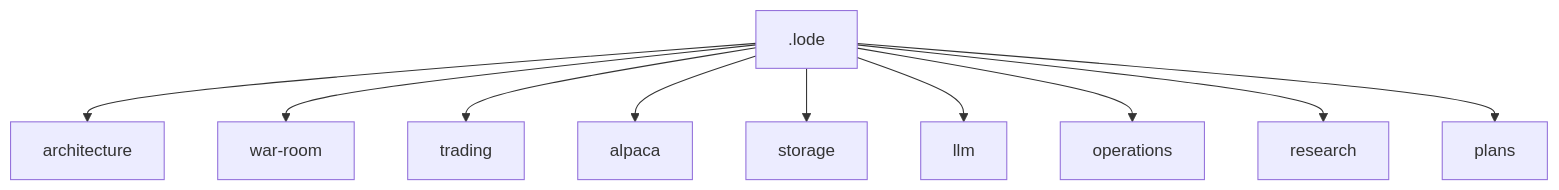
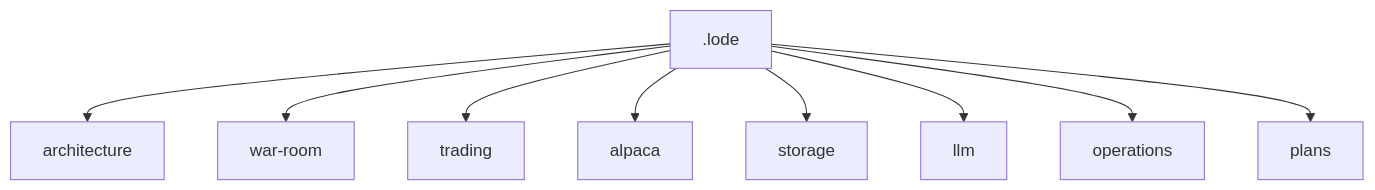
The diagram in .lode/lode-map.md (xakpc/Alpaca.NoIdea), drawn with Mermaid before and after one commit. The commit also changed other lines of this file and 27 other files, not shown here.

````diff
--- a/.lode/lode-map.md
+++ b/.lode/lode-map.md
@@ -5,12 +5,11 @@
 ```mermaid
 flowchart TD
     L[.lode] --> A[architecture]
     L --> W[war-room]
     L --> T[trading]
     L --> P[alpaca]
     L --> S[storage]
     L --> M[llm]
     L --> O[operations]
-    L --> R[research]
     L --> N[plans]
 ```
````
